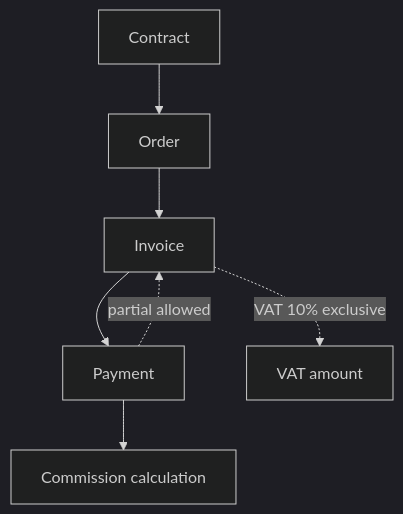
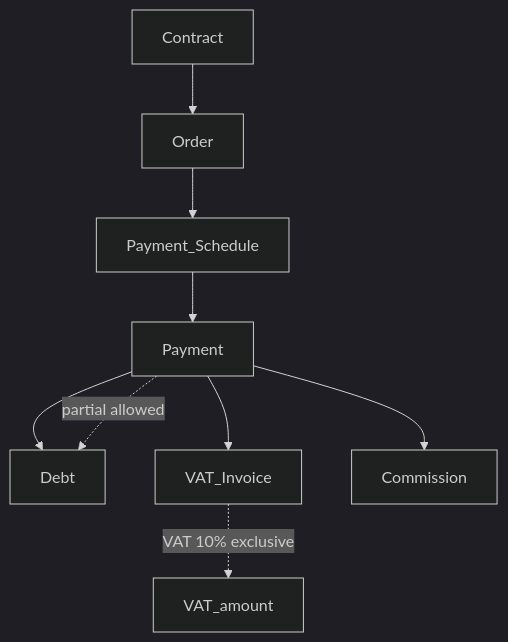
The third of 3 diagrams in docs/00-project/Business.md (PNCTriet/DYN_CRM_BACKEND), drawn with Mermaid (dark theme) before and after one commit. The commit also changed other lines of this file and 28 other files, not shown here.

````diff
--- a/docs/00-project/Business.md
+++ b/docs/00-project/Business.md
@@ -96,9 +96,11 @@
 ```mermaid
 flowchart TD
   C[Contract] --> O[Order]
-  O --> I[Invoice]
-  I --> P[Payment]
-  P --> Comm[Commission calculation]
-  I -.->|VAT 10% exclusive| VAT[VAT amount]
-  P -.->|partial allowed| I
+  O --> S[Payment_Schedule]
+  S --> P[Payment]
+  P --> D[Debt]
+  P --> I[VAT_Invoice]
+  P --> Comm[Commission]
+  I -.->|VAT 10% exclusive| VAT[VAT_amount]
+  P -.->|partial allowed| D
 ```
````
